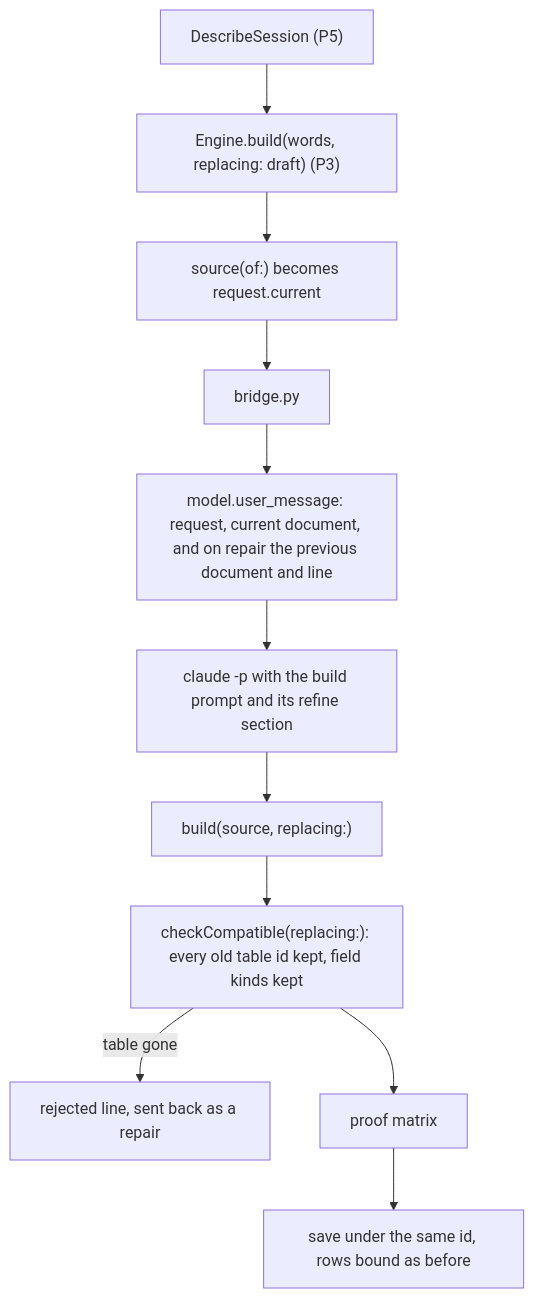
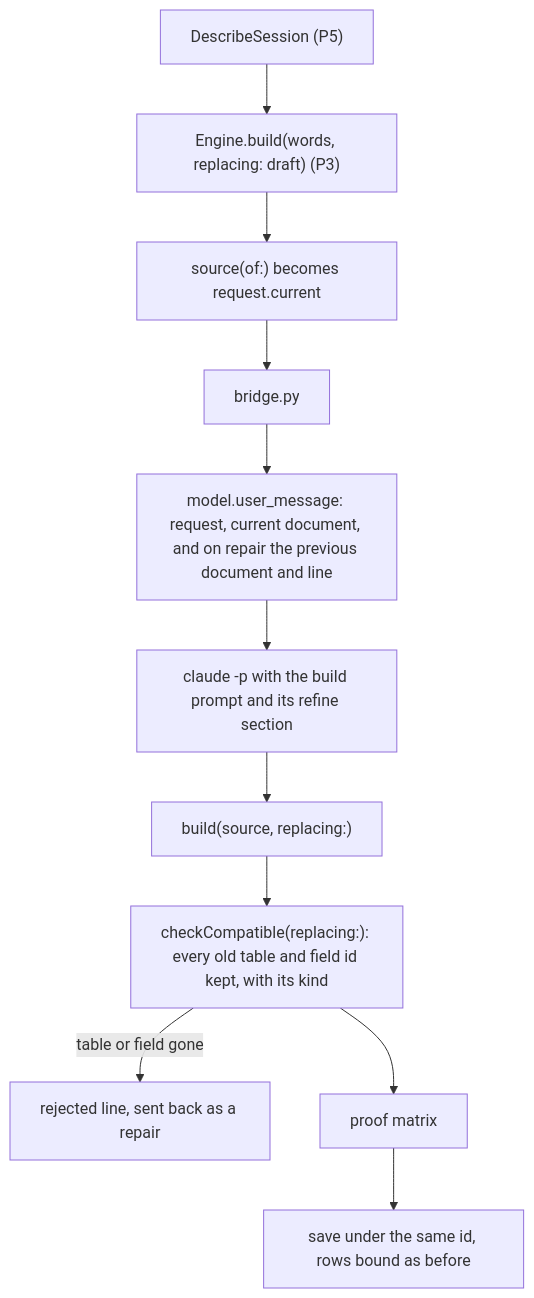
Before and after one commit to Krutik460/Widgie: the first of 2 diagrams in docs/pr/4-phase-2-p2-refine.md, drawn with Mermaid. The commit also changed other lines of this file and 7 other files, not shown here.

First line of the commit message:
Keep every field id of a refined widget, so stored values carry over

````diff
--- a/docs/pr/4-phase-2-p2-refine.md
+++ b/docs/pr/4-phase-2-p2-refine.md
@@ -18,11 +18,11 @@
 ```mermaid
 flowchart TD
   App["DescribeSession (P5)"] --> L["Engine.build(words, replacing: draft) (P3)"]
   L --> SRC["source(of:) becomes request.current"]
   SRC --> BR["bridge.py"] --> UM["model.user_message: request, current document, and on repair the previous document and line"]
   UM --> CL["claude -p with the build prompt and its refine section"]
   CL --> B["build(source, replacing:)"]
-  B --> CC["checkCompatible(replacing:): every old table id kept, field kinds kept"]
-  CC -->|"table gone"| REJ["rejected line, sent back as a repair"]
+  B --> CC["checkCompatible(replacing:): every old table and field id kept, with its kind"]
+  CC -->|"table or field gone"| REJ["rejected line, sent back as a repair"]
   CC --> PROOF["proof matrix"] --> SAVE["save under the same id, rows bound as before"]
 ```
````
